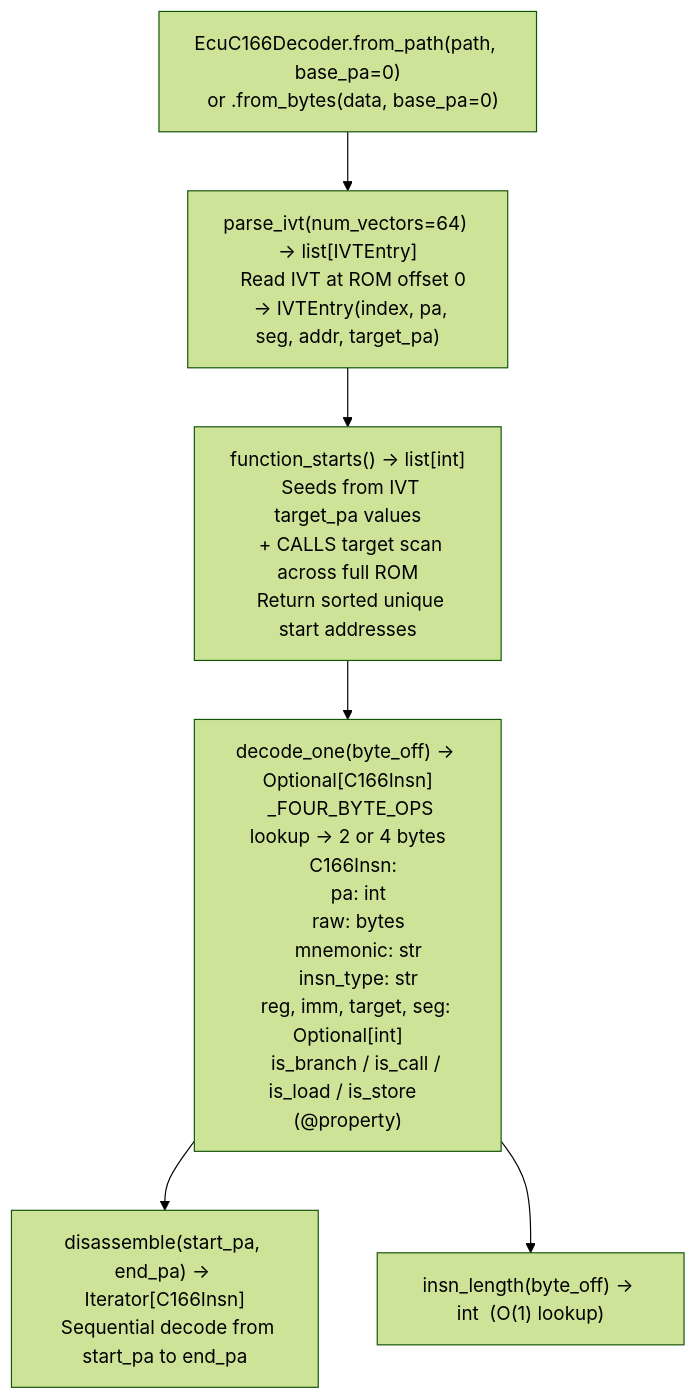
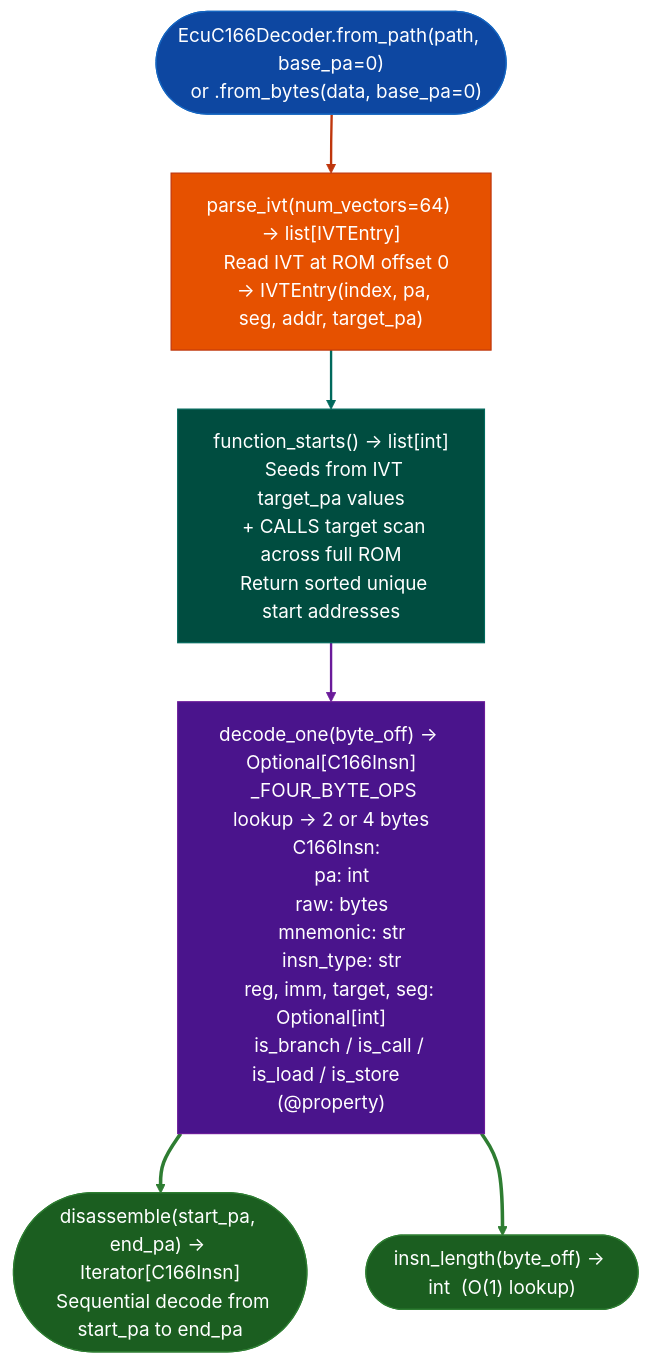
One commit to Ablation-Tool/ablation changed the diagram in docs/reference-modules/c166-c167-decoding.md. Above: the diagram before and after it, drawn with Mermaid (forest theme). The commit also changed 320 other files, not shown here.

First line of the commit message:
docs: apply canonical Mermaid template to all 321 diagrams

````diff
--- a/docs/reference-modules/c166-c167-decoding.md
+++ b/docs/reference-modules/c166-c167-decoding.md
@@ -19,8 +19,19 @@
 ```mermaid
 flowchart TD
-    A["EcuC166Decoder.from_path(path, base_pa=0)\n  or .from_bytes(data, base_pa=0)"] --> B["parse_ivt(num_vectors=64) → list[IVTEntry]\n  Read IVT at ROM offset 0\n  → IVTEntry(index, pa, seg, addr, target_pa)"]
-    B --> C["function_starts() → list[int]\n  Seeds from IVT target_pa values\n  + CALLS target scan across full ROM\n  Return sorted unique start addresses"]
-    C --> D["decode_one(byte_off) → Optional[C166Insn]\n  _FOUR_BYTE_OPS lookup → 2 or 4 bytes\n  C166Insn:\n    pa: int\n    raw: bytes\n    mnemonic: str\n    insn_type: str\n    reg, imm, target, seg: Optional[int]\n    is_branch / is_call / is_load / is_store  (@property)"]
-    D --> E["disassemble(start_pa, end_pa) → Iterator[C166Insn]\n  Sequential decode from start_pa to end_pa"]
-    D --> F["insn_length(byte_off) → int  (O(1) lookup)"]
+    A(["EcuC166Decoder.from_path(path, base_pa=0)\n  or .from_bytes(data, base_pa=0)"]):::input --> B["parse_ivt(num_vectors=64) → list[IVTEntry]\n  Read IVT at ROM offset 0\n  → IVTEntry(index, pa, seg, addr, target_pa)"]:::primary
+    B:::primary --> C["function_starts() → list[int]\n  Seeds from IVT target_pa values\n  + CALLS target scan across full ROM\n  Return sorted unique start addresses"]:::secondary
+    C:::secondary --> D["decode_one(byte_off) → Optional[C166Insn]\n  _FOUR_BYTE_OPS lookup → 2 or 4 bytes\n  C166Insn:\n    pa: int\n    raw: bytes\n    mnemonic: str\n    insn_type: str\n    reg, imm, target, seg: Optional[int]\n    is_branch / is_call / is_load / is_store  (@property)"]:::tertiary
+    D:::tertiary --> E(["disassemble(start_pa, end_pa) → Iterator[C166Insn]\n  Sequential decode from start_pa to end_pa"]):::output
+    D:::tertiary --> F(["insn_length(byte_off) → int  (O(1) lookup)"]):::output
+    classDef input     fill:#0d47a1,stroke:#1565c0,color:#fff
+    classDef primary   fill:#e65100,stroke:#bf360c,color:#fff
+    classDef secondary fill:#004d40,stroke:#00695c,color:#fff
+    classDef tertiary  fill:#4a148c,stroke:#6a1b9a,color:#fff
+    classDef neutral   fill:#37474f,stroke:#546e7a,color:#fff
+    classDef output    fill:#1b5e20,stroke:#2e7d32,color:#fff
+    linkStyle 0 stroke:#bf360c,stroke-width:2px
+    linkStyle 1 stroke:#00695c,stroke-width:2px
+    linkStyle 2 stroke:#6a1b9a,stroke-width:2px
+    linkStyle 3 stroke:#2e7d32,stroke-width:3px
+    linkStyle 4 stroke:#2e7d32,stroke-width:3px
 ```
````
